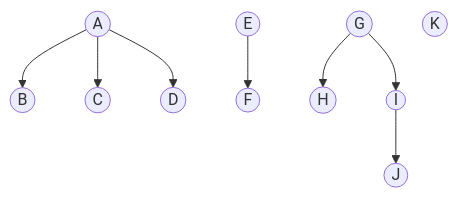
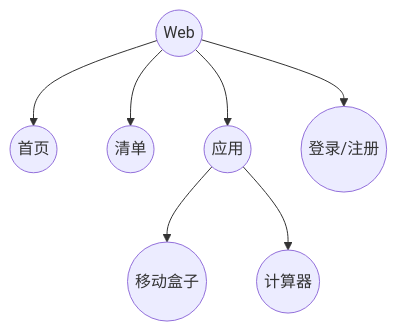
The diagram in react-app/my-app/README.md (Wiselnn570/WebStudy), drawn with Mermaid before and after one commit. The commit also changed other lines of this file, not shown here.

````diff
--- a/react-app/my-app/README.md
+++ b/react-app/my-app/README.md
@@ -1,22 +4,17 @@
 ```mermaid
 graph TB
 
-A((A))
-B((B))
-C((C))
-D((D))
-E((E))
-F((F))
-G((G))
-H((H))
-I((I))
-J((J))
-K((K))
-A-->B
-A-->C
-A-->D
-E-->F
-G-->H
-G-->I
-I-->J
+Web((Web))
+首页((首页))
+清单((清单))
+应用((应用))
+登录/注册((登录/注册))
+移动盒子((移动盒子))
+计算器((计算器))
+Web-->首页
+Web-->清单
+Web-->应用
+Web-->登录/注册
+应用-->移动盒子
+应用-->计算器
 ```
````
